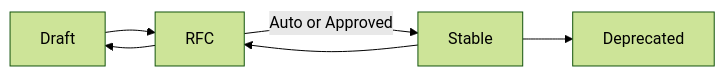
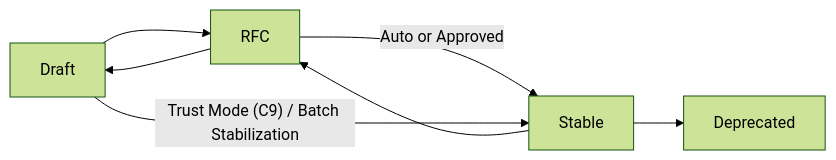
The first of 2 diagrams in .magic/spec.md (teratron/magic-spec), drawn with Mermaid (forest theme) before and after one commit. The commit also changed other lines of this file and 10 other files, not shown here.

````diff
--- a/.magic/spec.md
+++ b/.magic/spec.md
@@ -71,6 +71,7 @@
 ```mermaid
 graph LR
     Draft --> RFC -- "Auto or Approved" --> Stable --> Deprecated
+    Draft -- "Trust Mode (C9) / Batch Stabilization" --> Stable
     RFC --> Draft
     Stable --> RFC
 ```
````
